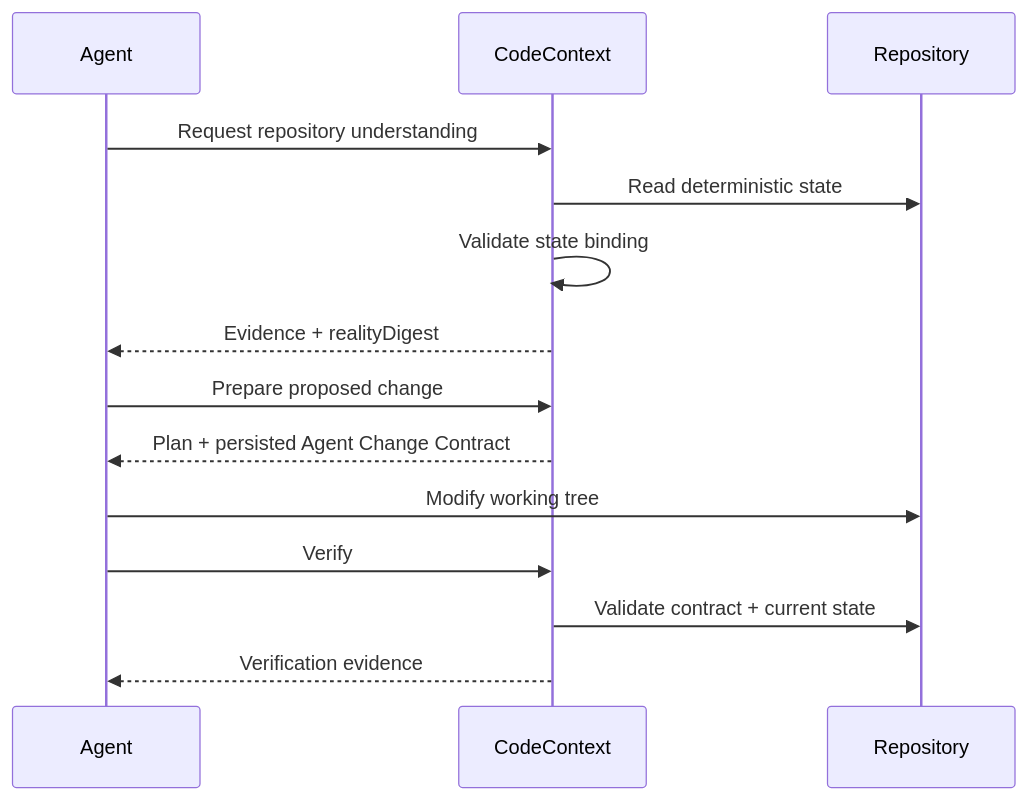
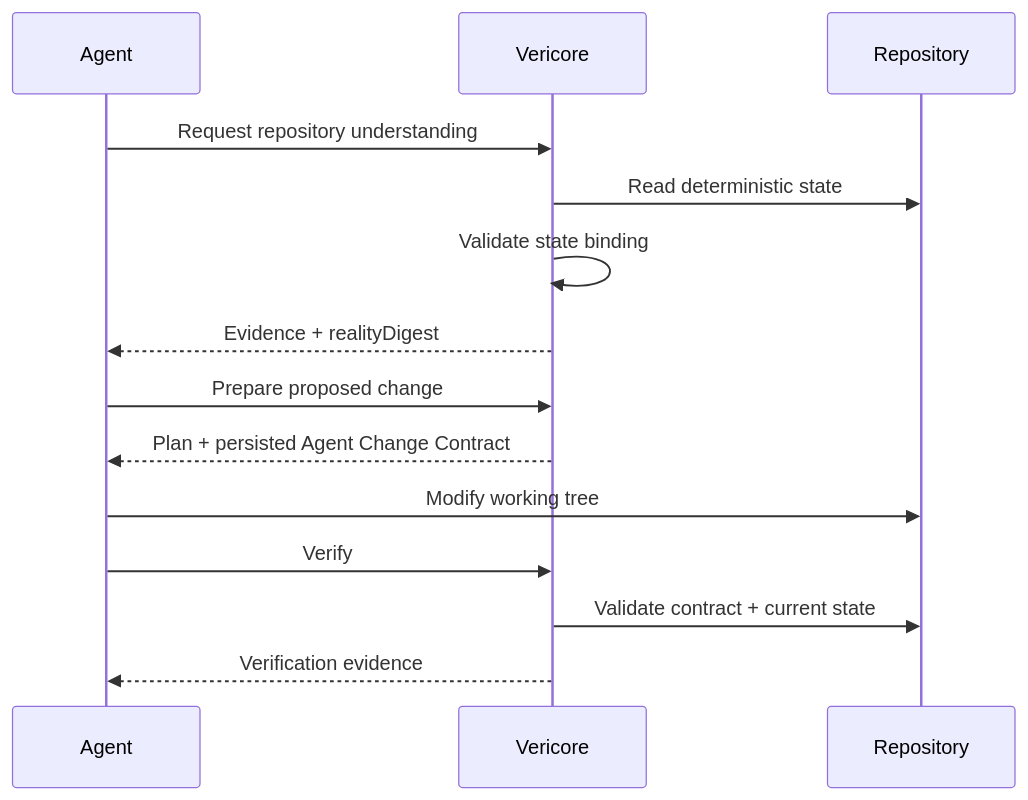
One commit to sonii-shivansh/CodeContext changed the third of 3 diagrams in docs/ENGINEERING_REALITY.md. Above: the diagram before and after it, drawn with Mermaid. The commit also changed other lines of this file and 17 other files, not shown here.

````diff
--- a/docs/ENGINEERING_REALITY.md
+++ b/docs/ENGINEERING_REALITY.md
@@ -122,16 +122,16 @@
 ```mermaid
 sequenceDiagram
     participant Agent
-    participant CC as CodeContext
+    participant Vericore
     participant Repo as Repository
-    Agent->>CC: Request repository understanding
-    CC->>Repo: Read deterministic state
-    CC->>CC: Validate state binding
-    CC-->>Agent: Evidence + realityDigest
-    Agent->>CC: Prepare proposed change
-    CC-->>Agent: Plan + persisted Agent Change Contract
+    Agent->>Vericore: Request repository understanding
+    Vericore->>Repo: Read deterministic state
+    Vericore->>Vericore: Validate state binding
+    Vericore-->>Agent: Evidence + realityDigest
+    Agent->>Vericore: Prepare proposed change
+    Vericore-->>Agent: Plan + persisted Agent Change Contract
     Agent->>Repo: Modify working tree
-    Agent->>CC: Verify
-    CC->>Repo: Validate contract + current state
-    CC-->>Agent: Verification evidence
+    Agent->>Vericore: Verify
+    Vericore->>Repo: Validate contract + current state
+    Vericore-->>Agent: Verification evidence
 ```
````
